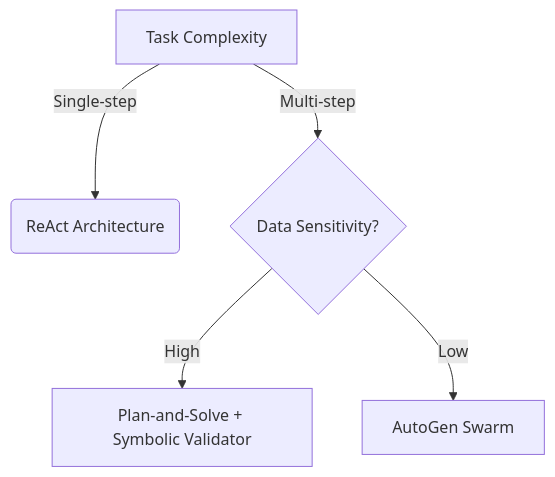
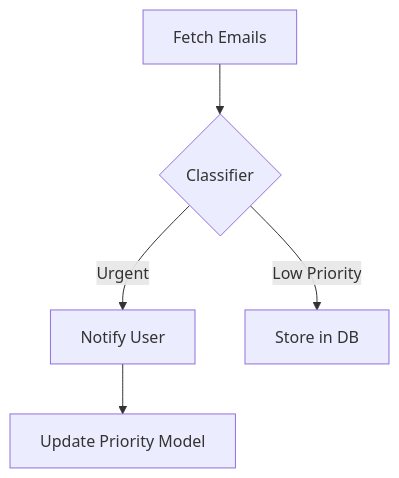
One commit to hafizhpratama/blog-starter changed the second of 2 diagrams in content/articles/how-to-build-ai-agents-a-complete-guide-for-2025.mdx. Above: the diagram before and after it, drawn with Mermaid. The commit also changed other lines of this file and 1 other file, not shown here.

First line of the commit message:
✨ Auto-generated 2 article(s) - 2025-12-25

````diff
--- a/content/articles/how-to-build-ai-agents-a-complete-guide-for-2025.mdx
+++ b/content/articles/how-to-build-ai-agents-a-complete-guide-for-2025.mdx
@@ -159,7 +126,7 @@
 ```mermaid
-graph TD
-    A[Task Complexity] -->|Single-step| B(ReAct Architecture)
-    A -->|Multi-step| C{Data Sensitivity?}
-    C -->|High| D[Plan-and-Solve + Symbolic Validator]
-    C -->|Low| E[AutoGen Swarm]
+flowchart TD
+    A[Fetch Emails] --> B{Classifier}
+    B -->|Urgent| C[Notify User]
+    B -->|Low Priority| D[Store in DB]
+    C --> E[Update Priority Model]
 ```
````
